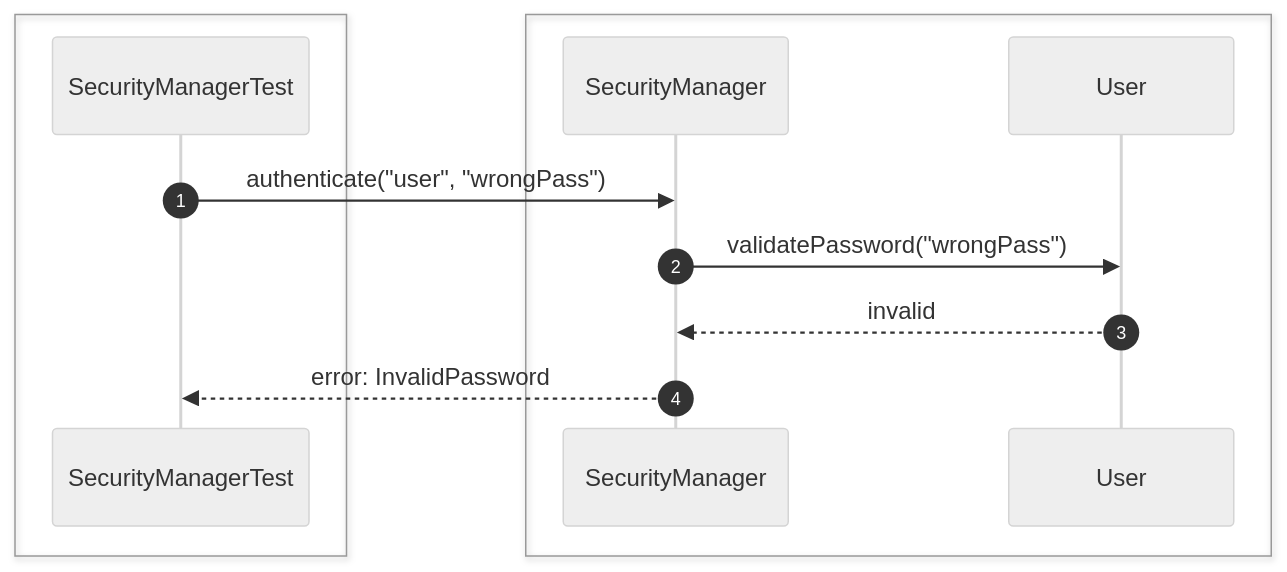
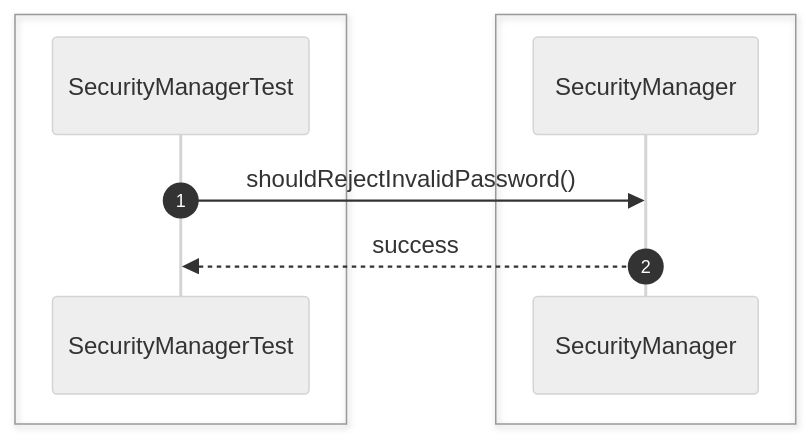
One commit to Huy1801214/dbms-architecture changed the fifth of 35 diagrams in src/sequence/security.md. Above: the diagram before and after it, drawn with Mermaid (neutral theme). The commit also changed other lines of this file and 68 other files, not shown here.

Commit message:
implement comprehensive unit test suite and architectural sequence documentation

````diff
--- a/src/sequence/security.md
+++ b/src/sequence/security.md
@@ -85,17 +66,13 @@
 ```mermaid
 sequenceDiagram
     autonumber
-
     box #e1f5fe Test Suite
     participant Test as SecurityManagerTest
     end
-    box #e3f2fd Security Components
-    participant Security as SecurityManager
-    participant User as User
+    box #e3f2fd SecurityManager Component
+    participant SM as SecurityManager
     end
 
-    Test->>Security: authenticate("user", "wrongPass")
-    Security->>User: validatePassword("wrongPass")
-    User-->>Security: invalid
-    Security-->>Test: error: InvalidPassword
+    Test->>SM: shouldRejectInvalidPassword()
+    SM-->>Test: success
 ```
````
